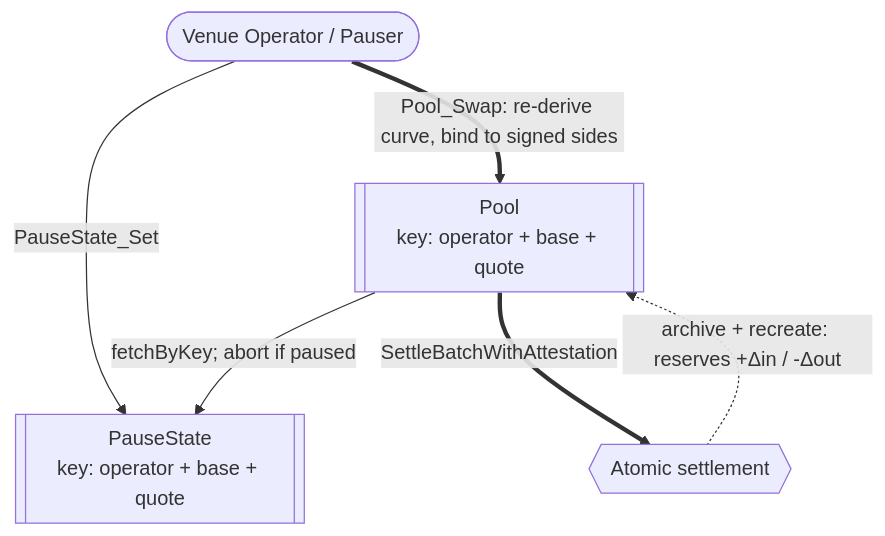
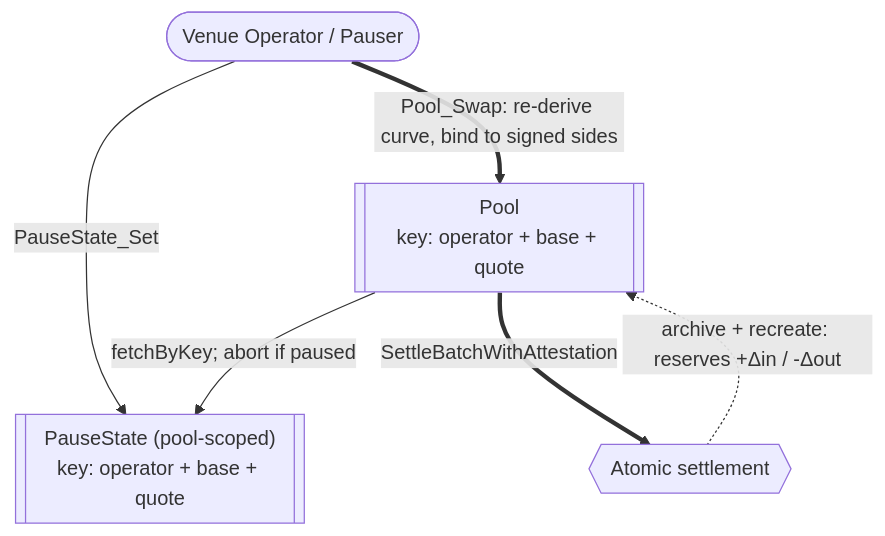
Before and after one commit to OpenZeppelin/canton-specs: the fourth of 5 diagrams in docs/ri-reports/01-dex.md, drawn with Mermaid. The commit also changed other lines of this file and 1 other file, not shown here.

Commit message:
C14: fix key claims (no template declares a key; maintainers must be signatories) and show the attester registry as a caller-supplied cid validated by admin-match

````diff
--- a/docs/ri-reports/01-dex.md
+++ b/docs/ri-reports/01-dex.md
@@ -298,13 +314,13 @@
 ```mermaid
 flowchart TD
     Operator([Venue Operator / Pauser])
     Pool[["Pool<br/>key: operator + base + quote"]]
-    Pause[["PauseState<br/>key: operator + base + quote"]]
+    Pause[["PauseState (pool-scoped)<br/>key: operator + base + quote"]]
     Settle{{Atomic settlement}}
 
     Operator -->|"PauseState_Set"| Pause
     Operator ==>|"Pool_Swap: re-derive curve, bind to signed sides"| Pool
     Pool -->|"fetchByKey; abort if paused"| Pause
     Pool ==>|"SettleBatchWithAttestation"| Settle
     Settle -.->|"archive + recreate: reserves +Δin / -Δout"| Pool
 ```
````
